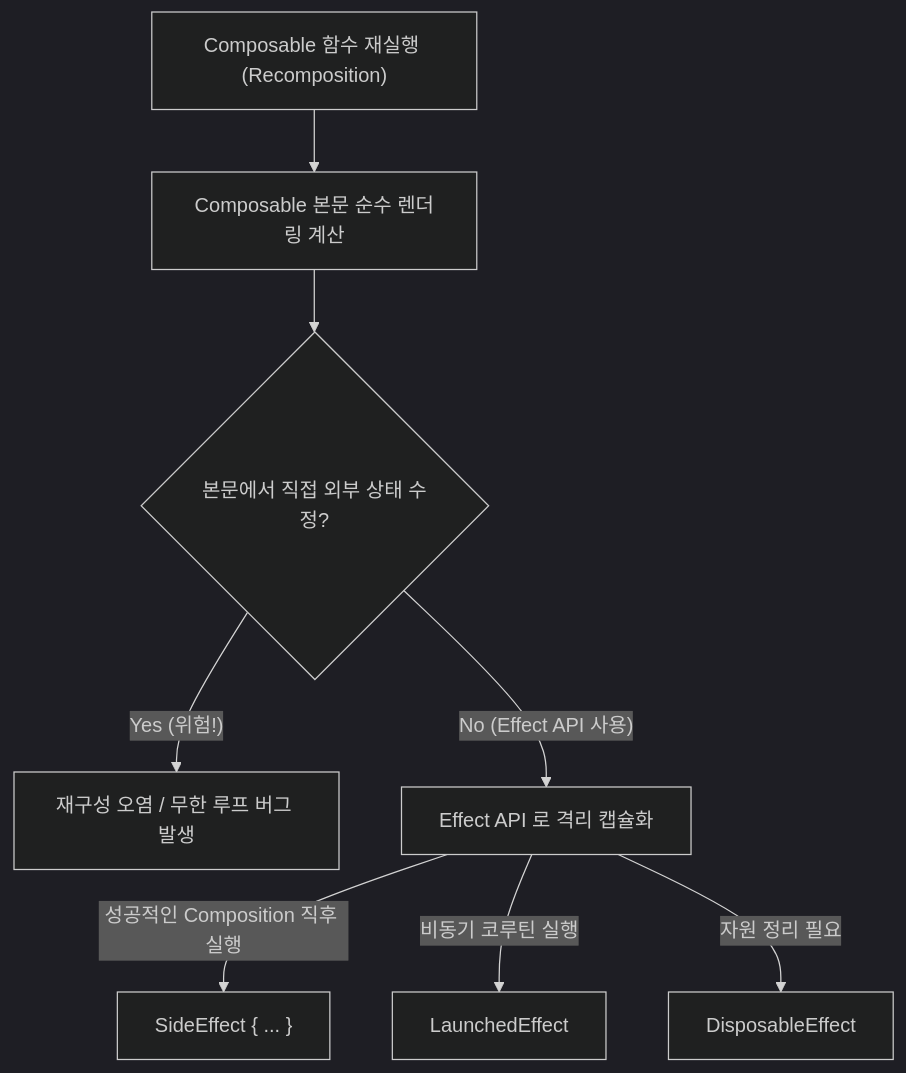
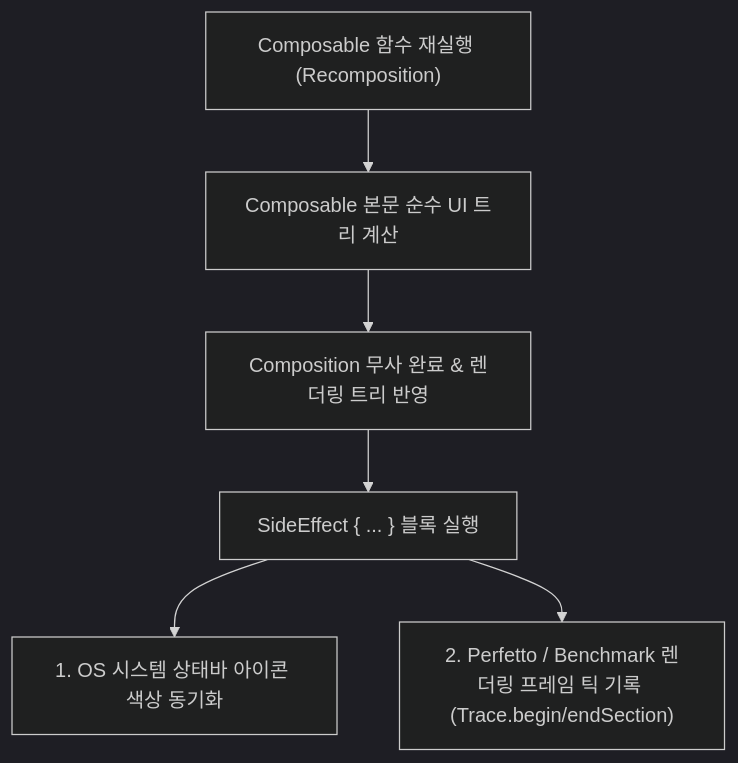
The diagram in 01_inbox/mobile/android/02_app_framework/jetpack-compose/state-and-lifecycle/compose-side-effect.md (youngmin-gwon/what-i-studied), drawn with Mermaid (dark theme) before and after one commit. The commit also changed other lines of this file and 1 other file, not shown here.

````diff
--- a/01_inbox/mobile/android/02_app_framework/jetpack-compose/state-and-lifecycle/compose-side-effect.md
+++ b/01_inbox/mobile/android/02_app_framework/jetpack-compose/state-and-lifecycle/compose-side-effect.md
@@ -25,11 +31,8 @@
 ```mermaid
 graph TD
-    Recomposition["Composable 함수 재실행 (Recomposition)"] --> BodyExec["Composable 본문 순수 렌더링 계산"]
-    BodyExec --> DirectMutate{"본문에서 직접 외부 상태 수정?"}
-    DirectMutate -->|"Yes (위험!)"| Bug["재구성 오염 / 무한 루프 버그 발생"]
-    DirectMutate -->|"No (Effect API 사용)"| EffectControl["Effect API 로 격리 캡슐화"]
-
-    EffectControl -->|"성공적인 Composition 직후 실행"| SideEffectAPI["SideEffect { ... }"]
-    EffectControl -->|"비동기 코루틴 실행"| Launched["LaunchedEffect"]
-    EffectControl -->|"자원 정리 필요"| Disposable["DisposableEffect"]
+    Recomposition["Composable 함수 재실행 (Recomposition)"] --> BodyExec["Composable 본문 순수 UI 트리 계산"]
+    BodyExec --> CompositionSuccess["Composition 무사 완료 & 렌더링 트리 반영"]
+    CompositionSuccess --> SideEffectAPI["SideEffect { ... } 블록 실행"]
+    SideEffectAPI --> SystemSync["1. OS 시스템 상태바 아이콘 색상 동기화"]
+    SideEffectAPI --> PerfettoSync["2. Perfetto / Benchmark 렌더링 프레임 틱 기록 (Trace.begin/endSection)"]
 ```
````
